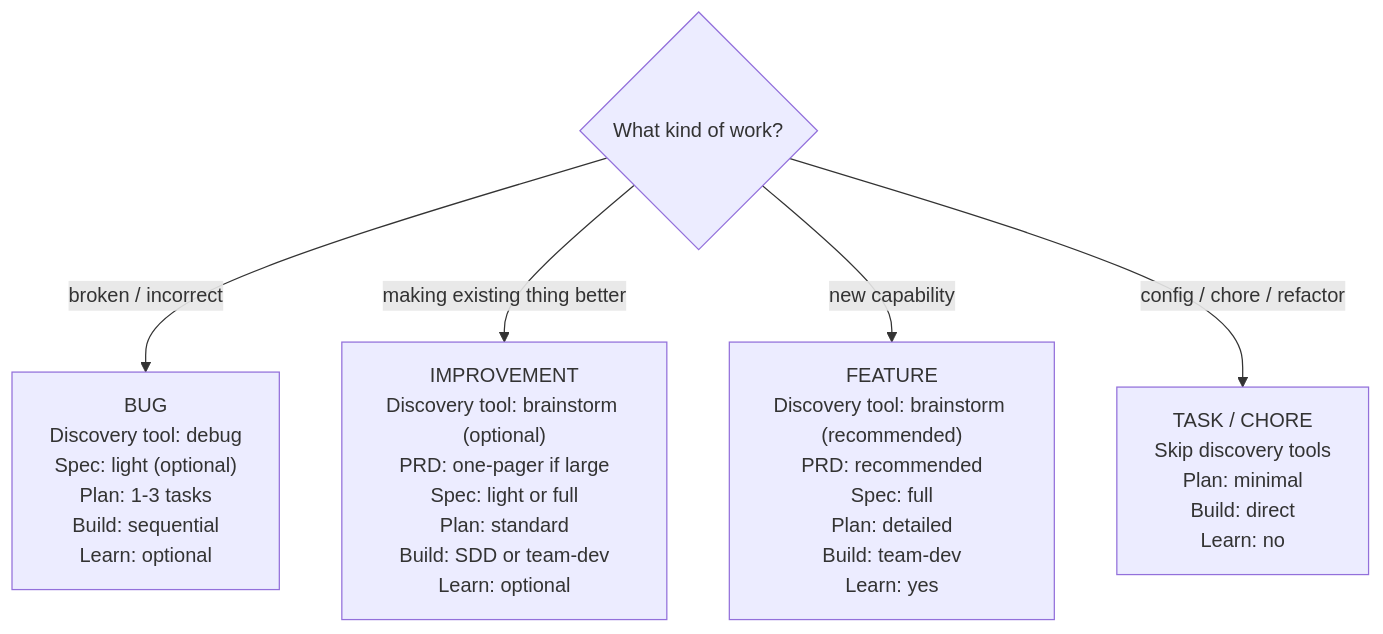
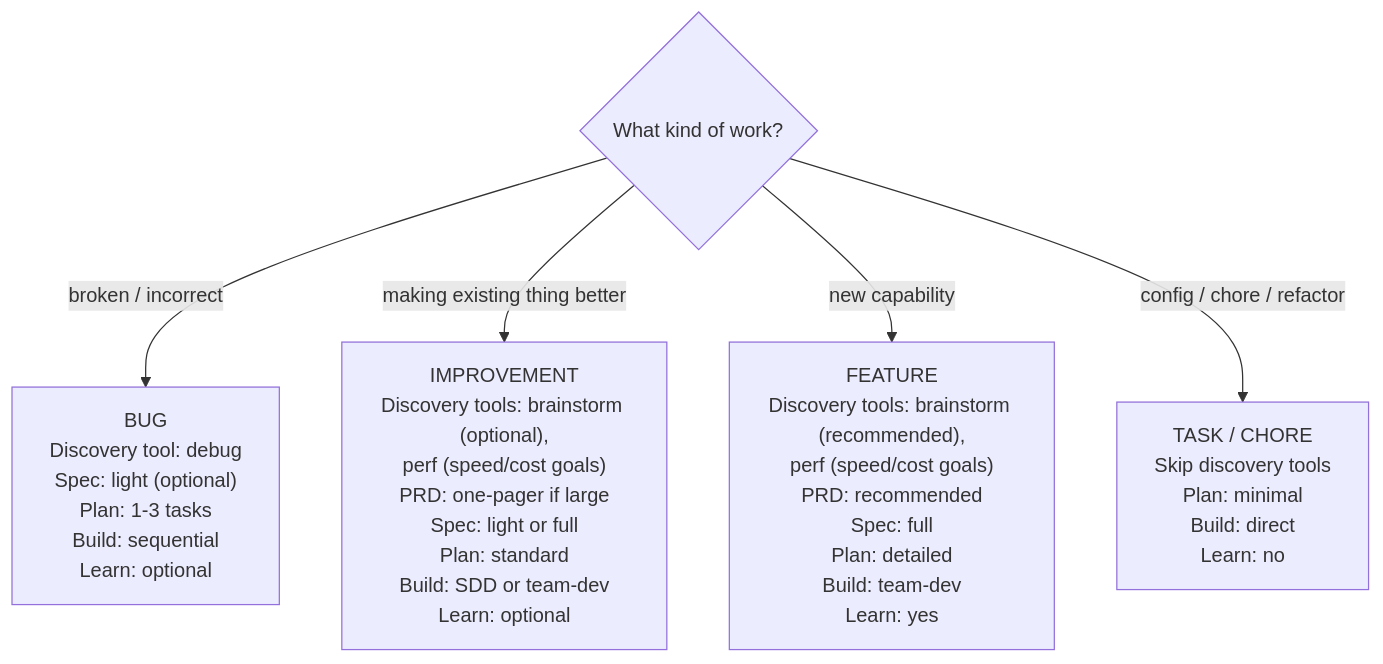
One commit to duronext/jig changed the second of 2 diagrams in core/skills/kickoff/SKILL.md. Above: the diagram before and after it, drawn with Mermaid. The commit also changed other lines of this file and 9 other files, not shown here.

````diff
--- a/core/skills/kickoff/SKILL.md
+++ b/core/skills/kickoff/SKILL.md
@@ -87,8 +88,8 @@
 ```mermaid
 graph TD
   start{"What kind of work?"}
   start -->|broken / incorrect| bug["BUG<br/>Discovery tool: debug<br/>Spec: light (optional)<br/>Plan: 1-3 tasks<br/>Build: sequential<br/>Learn: optional"]
-  start -->|making existing thing better| improvement["IMPROVEMENT<br/>Discovery tool: brainstorm (optional)<br/>PRD: one-pager if large<br/>Spec: light or full<br/>Plan: standard<br/>Build: SDD or team-dev<br/>Learn: optional"]
-  start -->|new capability| feature["FEATURE<br/>Discovery tool: brainstorm (recommended)<br/>PRD: recommended<br/>Spec: full<br/>Plan: detailed<br/>Build: team-dev<br/>Learn: yes"]
+  start -->|making existing thing better| improvement["IMPROVEMENT<br/>Discovery tools: brainstorm (optional),<br/>perf (speed/cost goals)<br/>PRD: one-pager if large<br/>Spec: light or full<br/>Plan: standard<br/>Build: SDD or team-dev<br/>Learn: optional"]
+  start -->|new capability| feature["FEATURE<br/>Discovery tools: brainstorm (recommended),<br/>perf (speed/cost goals)<br/>PRD: recommended<br/>Spec: full<br/>Plan: detailed<br/>Build: team-dev<br/>Learn: yes"]
   start -->|config / chore / refactor| task["TASK / CHORE<br/>Skip discovery tools<br/>Plan: minimal<br/>Build: direct<br/>Learn: no"]
 ```
````
